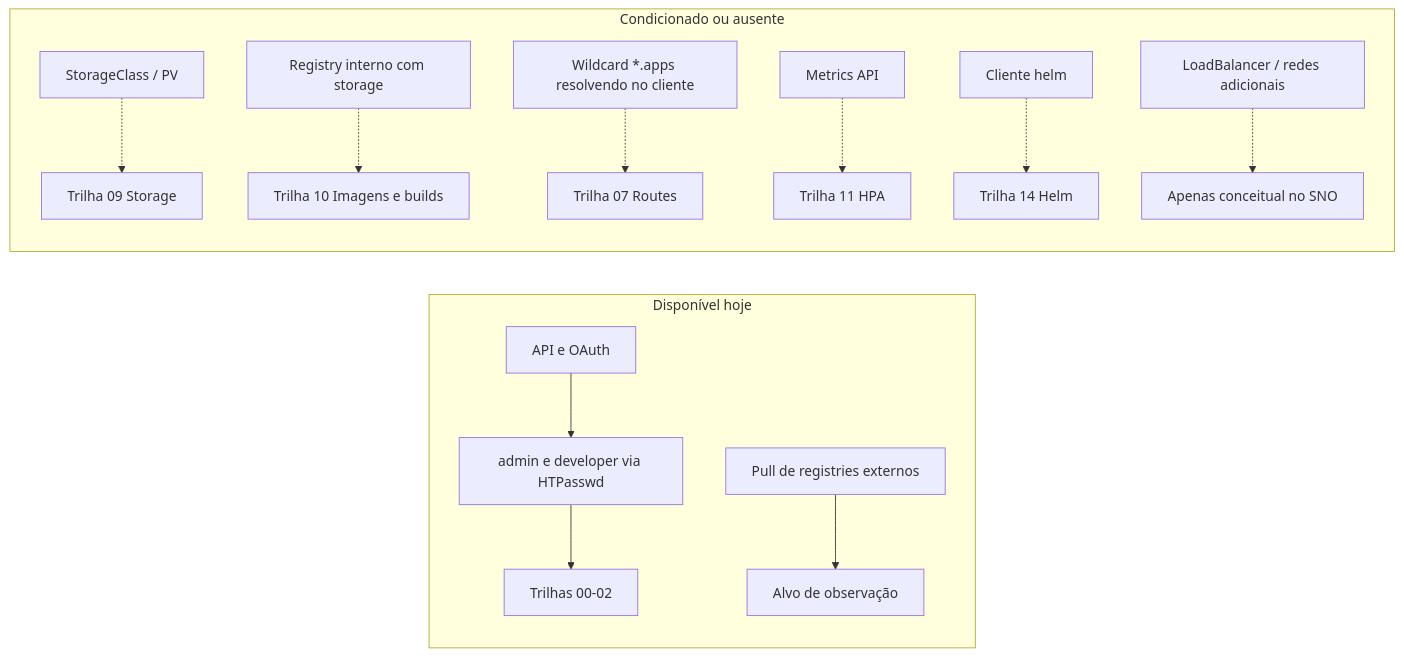
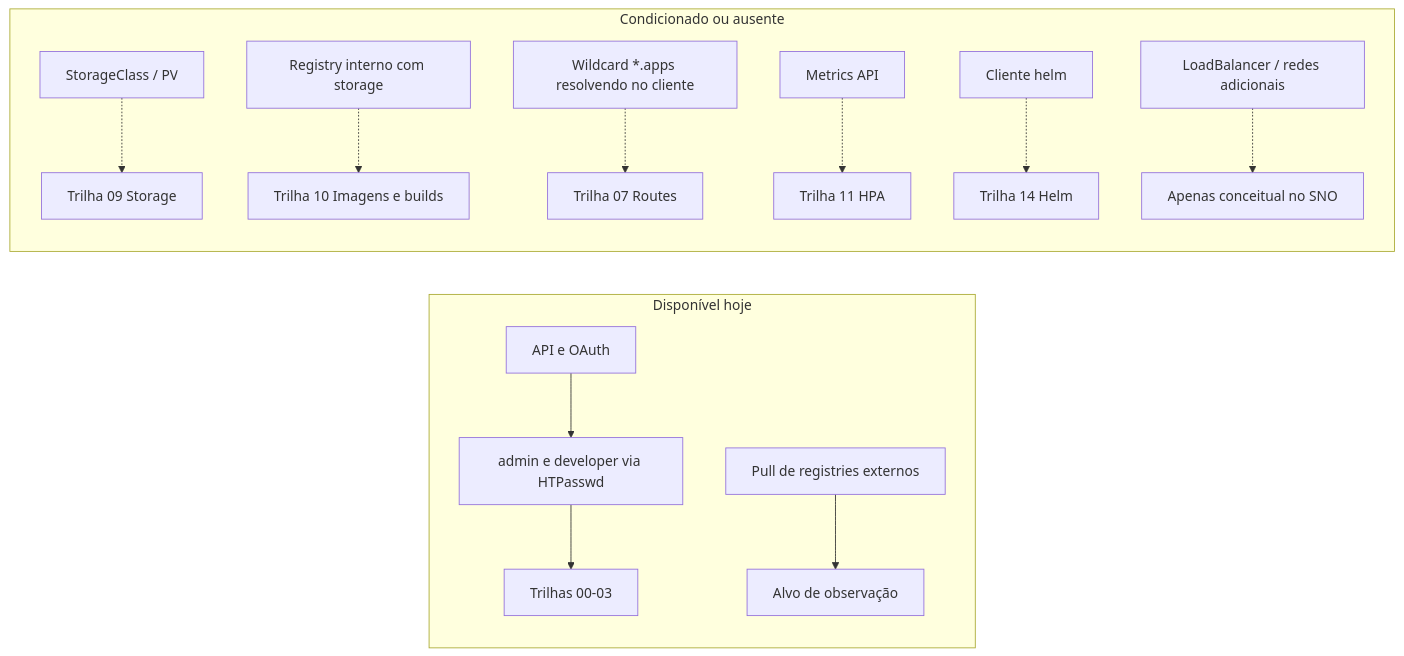
The diagram in catalogo/matriz-competencias.md (eduardoandradej/academia-comandos-openshift), drawn with Mermaid before and after one commit. The commit also changed other lines of this file and 52 other files, not shown here.

````diff
--- a/catalogo/matriz-competencias.md
+++ b/catalogo/matriz-competencias.md
@@ -44,16 +47,16 @@
 ```mermaid
 flowchart LR
   subgraph disponivel[Disponível hoje]
     API[API e OAuth] --> ID[admin e developer via HTPasswd]
-    ID --> T00[Trilhas 00-02]
+    ID --> T00[Trilhas 00-03]
     IMG[Pull de registries externos] --> T02[Alvo de observação]
   end
   subgraph condicionado[Condicionado ou ausente]
     SC[StorageClass / PV] -.-> T09[Trilha 09 Storage]
     REG[Registry interno com storage] -.-> T10[Trilha 10 Imagens e builds]
     DNS[Wildcard *.apps resolvendo no cliente] -.-> T07[Trilha 07 Routes]
     MET[Metrics API] -.-> T11[Trilha 11 HPA]
     HELM[Cliente helm] -.-> T14[Trilha 14 Helm]
     LB[LoadBalancer / redes adicionais] -.-> X[Apenas conceitual no SNO]
   end
 ```
````
